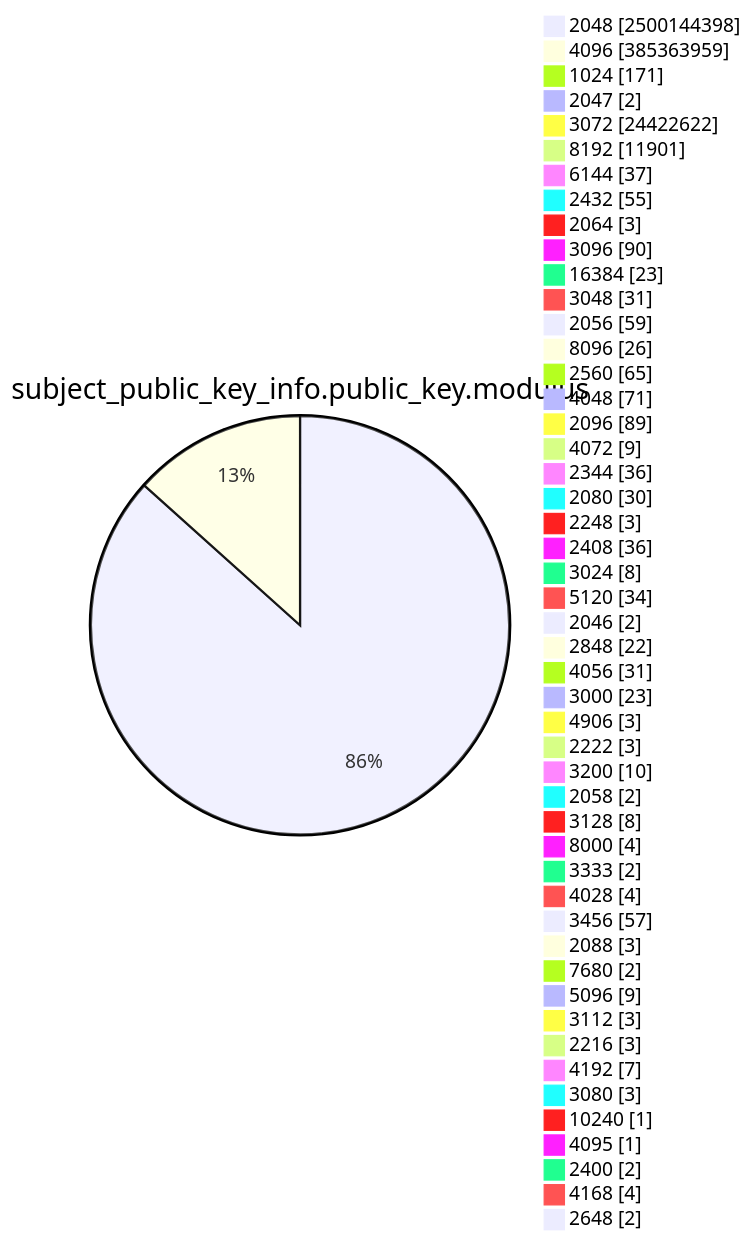
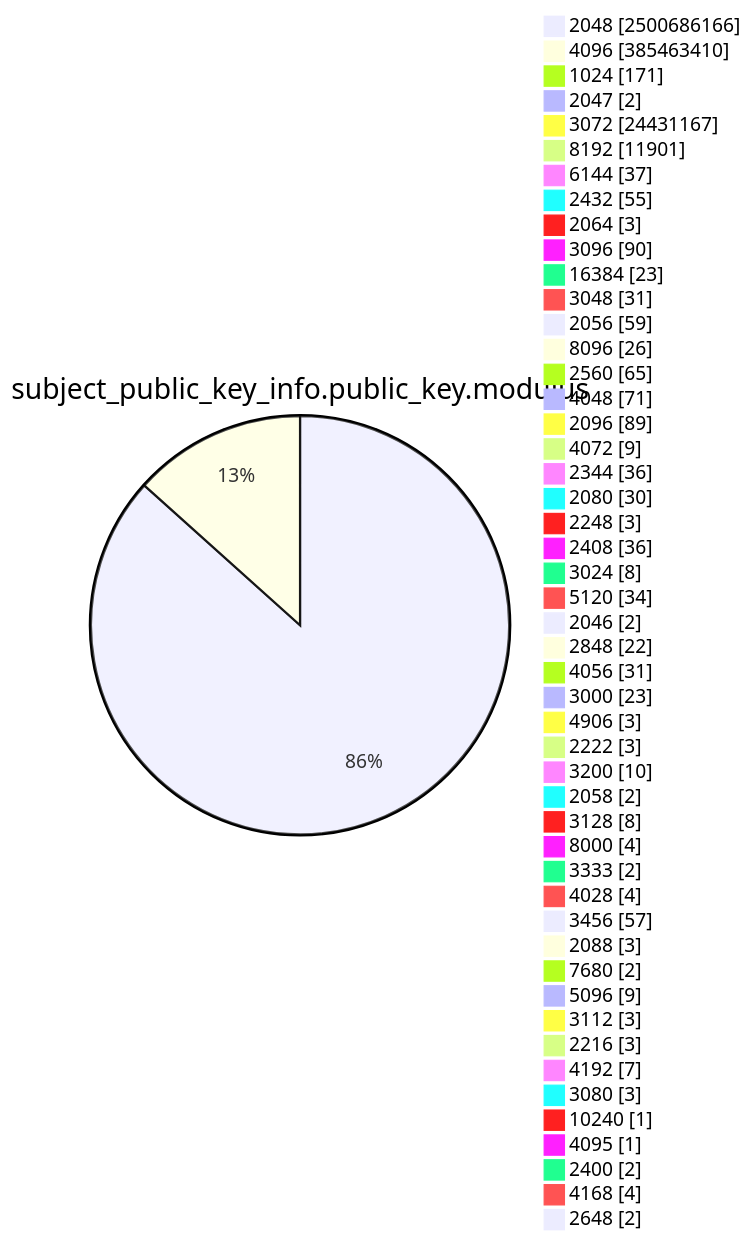
Before and after one commit to christiankrug/ctmonitor_visualization: diagram 13 of 15 in TOTAL/README.md, drawn with Mermaid. The commit also changed other lines of this file, not shown here.

````diff
--- a/TOTAL/README.md
+++ b/TOTAL/README.md
@@ -4169,53 +4169,53 @@
 ```mermaid
 pie showData
 title subject_public_key_info.public_key.modulus
-"2048" :2500144398
-"4096" :385363959
+"2048" :2500686166
+"4096" :385463410
 "1024" :171
 "2047" :2
-"3072" :24422622
+"3072" :24431167
 "8192" :11901
 "6144" :37
 "2432" :55
 "2064" :3
 "3096" :90
 "16384" :23
 "3048" :31
 "2056" :59
 "8096" :26
 "2560" :65
 "4048" :71
 "2096" :89
 "4072" :9
 "2344" :36
 "2080" :30
 "2248" :3
 "2408" :36
 "3024" :8
 "5120" :34
 "2046" :2
 "2848" :22
 "4056" :31
 "3000" :23
 "4906" :3
 "2222" :3
 "3200" :10
 "2058" :2
 "3128" :8
 "8000" :4
 "3333" :2
 "4028" :4
 "3456" :57
 "2088" :3
 "7680" :2
 "5096" :9
 "3112" :3
 "2216" :3
 "4192" :7
 "3080" :3
 "10240" :1
 "4095" :1
 "2400" :2
 "4168" :4
 "2648" :2
 ```
````
